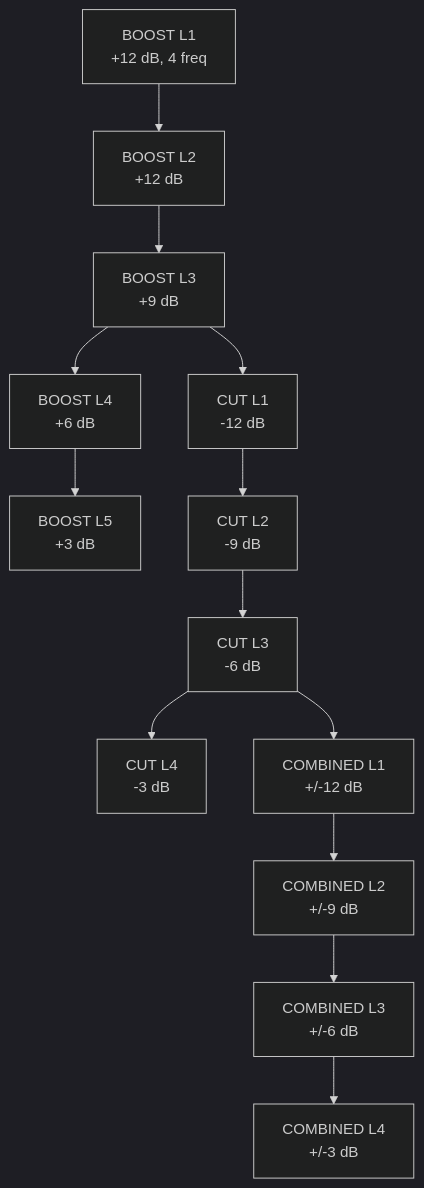
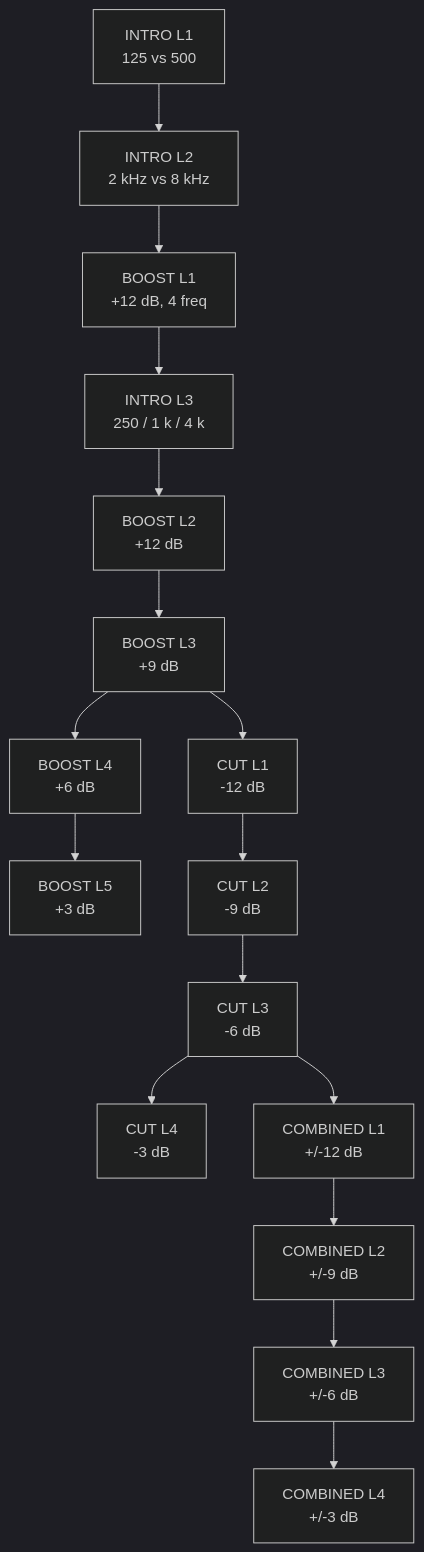
Before and after one commit to horky2004/Critical-listening-exercises: the second of 2 diagrams in docs/02-data-model.md, drawn with Mermaid (dark theme). The commit also changed other lines of this file and 26 other files, not shown here.

````diff
--- a/docs/02-data-model.md
+++ b/docs/02-data-model.md
@@ -440,15 +450,18 @@
 ```mermaid
 flowchart TD
-    B1["BOOST L1<br/>+12 dB, 4 freq"] --> B2["BOOST L2<br/>+12 dB"]
+    I1["INTRO L1<br/>125 vs 500"] --> I2["INTRO L2<br/>2 kHz vs 8 kHz"]
+    I2 --> B1["BOOST L1<br/>+12 dB, 4 freq"]
+    B1 --> I3["INTRO L3<br/>250 / 1 k / 4 k"]
+    I3 --> B2["BOOST L2<br/>+12 dB"]
     B2 --> B3["BOOST L3<br/>+9 dB"]
     B3 --> B4["BOOST L4<br/>+6 dB"]
     B4 --> B5["BOOST L5<br/>+3 dB"]
     B3 --> C1["CUT L1<br/>-12 dB"]
     C1 --> C2["CUT L2<br/>-9 dB"]
     C2 --> C3["CUT L3<br/>-6 dB"]
     C3 --> C4["CUT L4<br/>-3 dB"]
     C3 --> K1["COMBINED L1<br/>+/-12 dB"]
     K1 --> K2["COMBINED L2<br/>+/-9 dB"]
     K2 --> K3["COMBINED L3<br/>+/-6 dB"]
     K3 --> K4["COMBINED L4<br/>+/-3 dB"]
 ```
````
